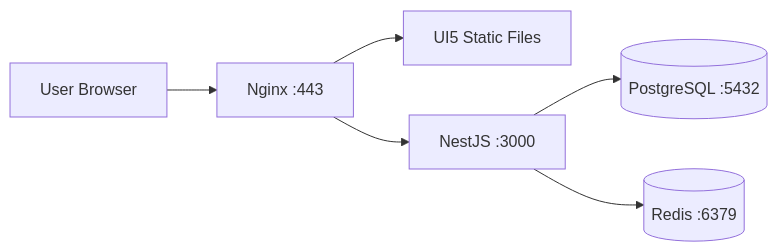
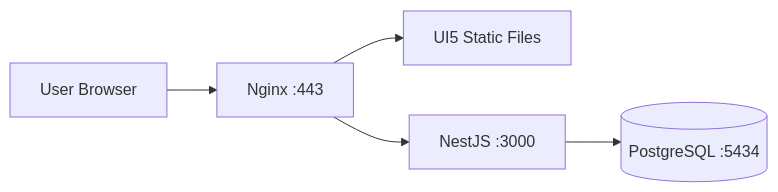
Before and after one commit to weizeyuu-bot/message-center-backend: the diagram in docs/production-deployment-linux.md, drawn with Mermaid. The commit also changed other lines of this file and 12 other files, not shown here.

Commit message:
refactor: remove redis and keep message-center schema only

````diff
--- a/docs/production-deployment-linux.md
+++ b/docs/production-deployment-linux.md
@@ -20,8 +19,7 @@
 ```mermaid
 flowchart LR
   Browser[User Browser] --> Nginx[Nginx :443]
   Nginx --> UI[UI5 Static Files]
   Nginx --> API[NestJS :3000]
-  API --> PG[(PostgreSQL :5432)]
-  API --> RD[(Redis :6379)]
+  API --> PG[(PostgreSQL :5434)]
 ```
````
